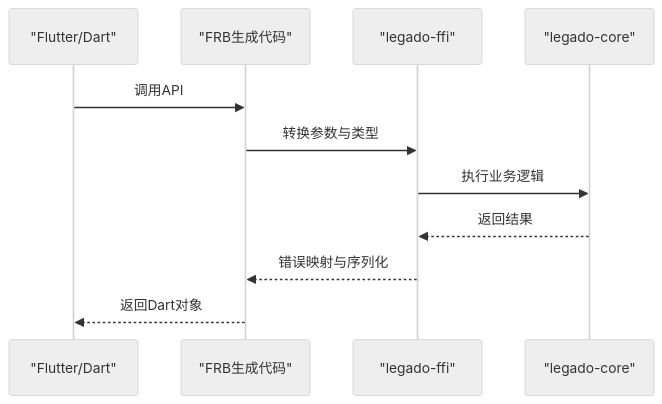
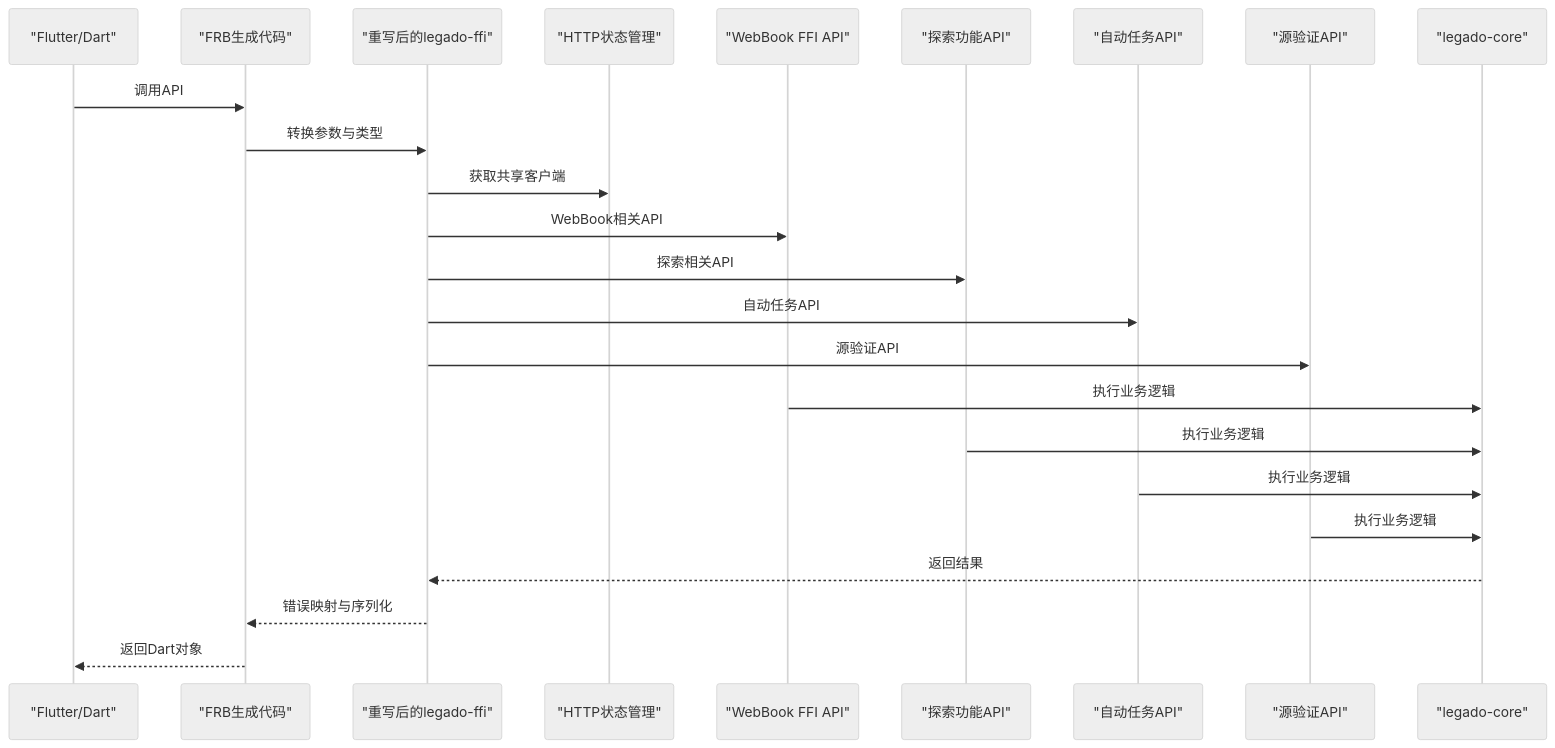
Before and after one commit to ZhangGHGitHub/LegadoTeamFlutter: diagram 17 of 23 in .qoder/repowiki/zh/content/Rust核心库/Rust核心库.md, drawn with Mermaid (neutral theme). The commit also changed other lines of this file and 173 other files, not shown here.

````diff
--- a/.qoder/repowiki/zh/content/Rust核心库/Rust核心库.md
+++ b/.qoder/repowiki/zh/content/Rust核心库/Rust核心库.md
@@ -435,13 +698,26 @@
 ```mermaid
 sequenceDiagram
 participant Flutter as "Flutter/Dart"
 participant FRB as "FRB生成代码"
-participant FFI as "legado-ffi"
+participant FFI as "重写后的legado-ffi"
+participant HTTPState as "HTTP状态管理"
+participant WebBookAPI as "WebBook FFI API"
+participant ExploreAPI as "探索功能API"
+participant AutoTaskAPI as "自动任务API"
+participant SourceCheckAPI as "源验证API"
 participant Core as "legado-core"
 Flutter->>FRB : 调用API
 FRB->>FFI : 转换参数与类型
-FFI->>Core : 执行业务逻辑
+FFI->>HTTPState : 获取共享客户端
+FFI->>WebBookAPI : WebBook相关API
+FFI->>ExploreAPI : 探索相关API
+FFI->>AutoTaskAPI : 自动任务API
+FFI->>SourceCheckAPI : 源验证API
+WebBookAPI->>Core : 执行业务逻辑
+ExploreAPI->>Core : 执行业务逻辑
+AutoTaskAPI->>Core : 执行业务逻辑
+SourceCheckAPI->>Core : 执行业务逻辑
 Core-->>FFI : 返回结果
 FFI-->>FRB : 错误映射与序列化
 FRB-->>Flutter : 返回Dart对象
 ```
````
